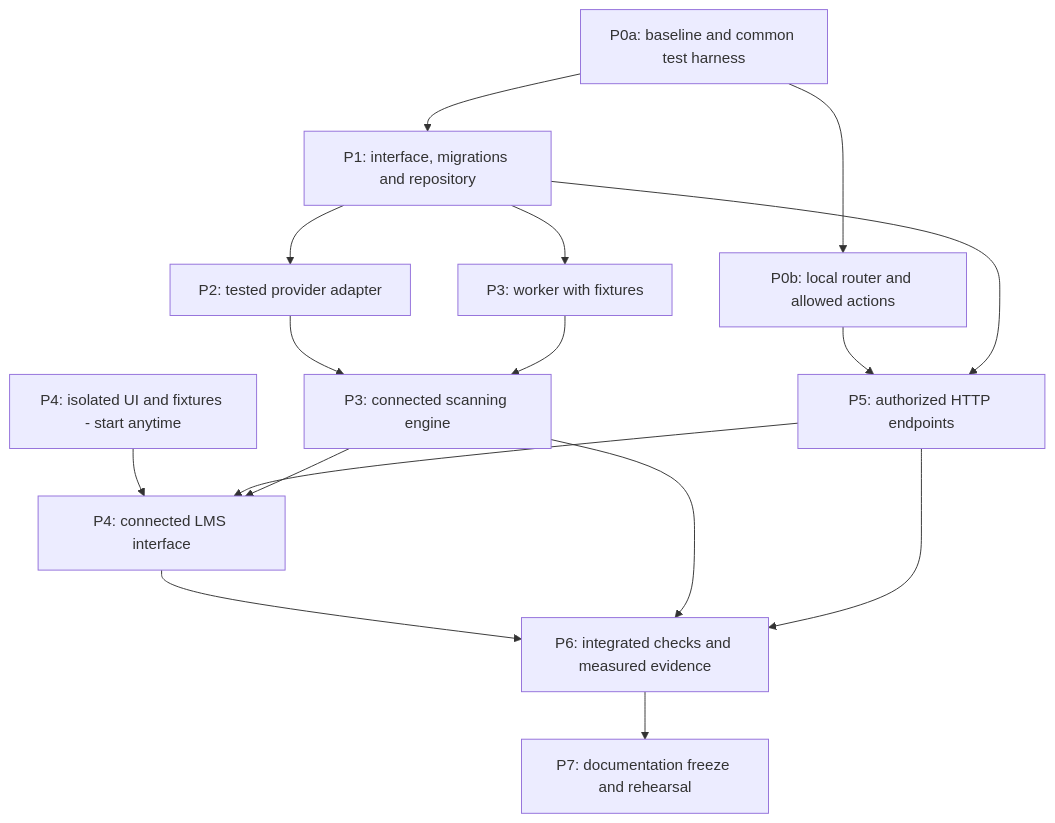
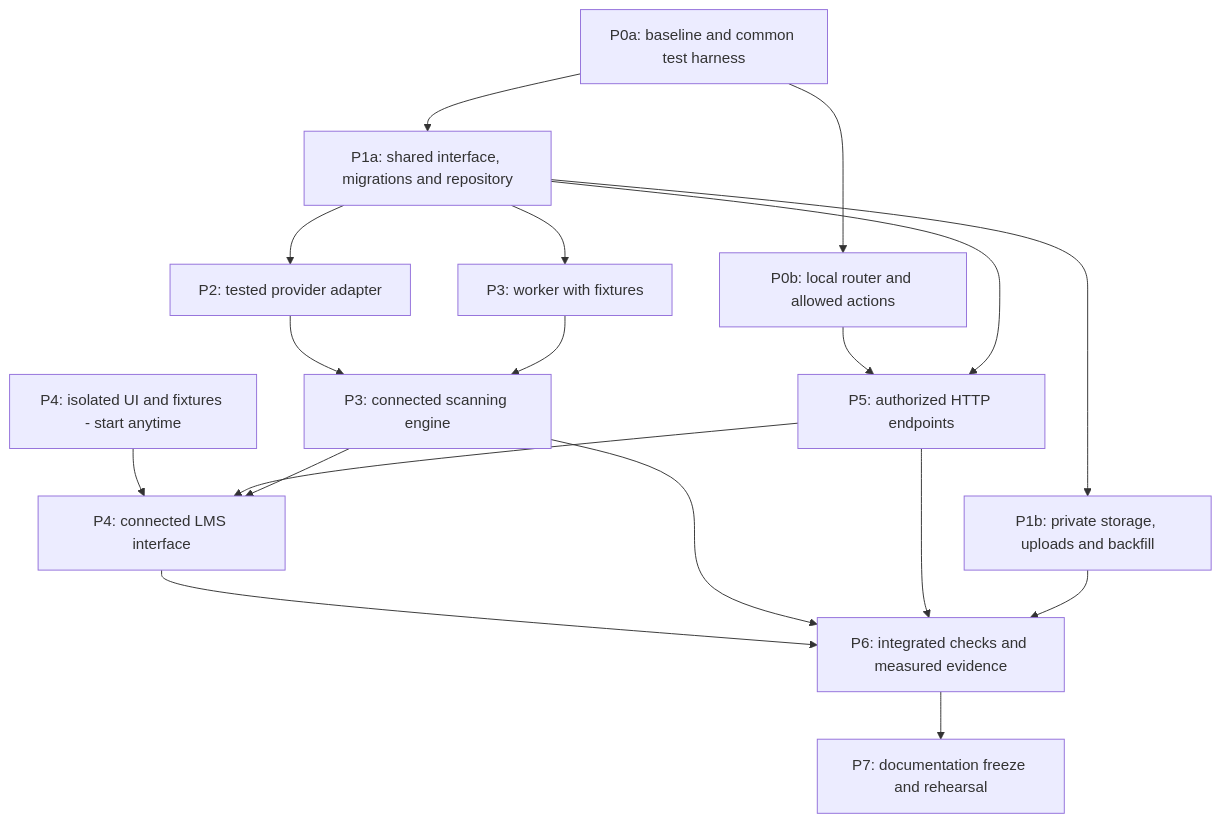
One commit to ja2gc/lms-virustotal-integration changed the diagram in docs/team-plan.md. Above: the diagram before and after it, drawn with Mermaid. The commit also changed other lines of this file and 18 other files, not shown here.

````diff
--- a/docs/team-plan.md
+++ b/docs/team-plan.md
@@ -22,18 +22,20 @@
 ```mermaid
 flowchart TD
     A[P0a: baseline and common test harness] --> B[P0b: local router and allowed actions]
-    A --> C[P1: interface, migrations and repository]
+    A --> C[P1a: shared interface, migrations and repository]
+    C --> U[P1b: private storage, uploads and backfill]
     C --> D[P2: tested provider adapter]
     C --> E[P3: worker with fixtures]
     D --> F[P3: connected scanning engine]
     E --> F
     B --> G[P5: authorized HTTP endpoints]
     C --> G
     H[P4: isolated UI and fixtures - start anytime] --> I[P4: connected LMS interface]
     G --> I
     F --> I
     I --> J[P6: integrated checks and measured evidence]
     F --> J
     G --> J
+    U --> J
     J --> K[P7: documentation freeze and rehearsal]
 ```
````
